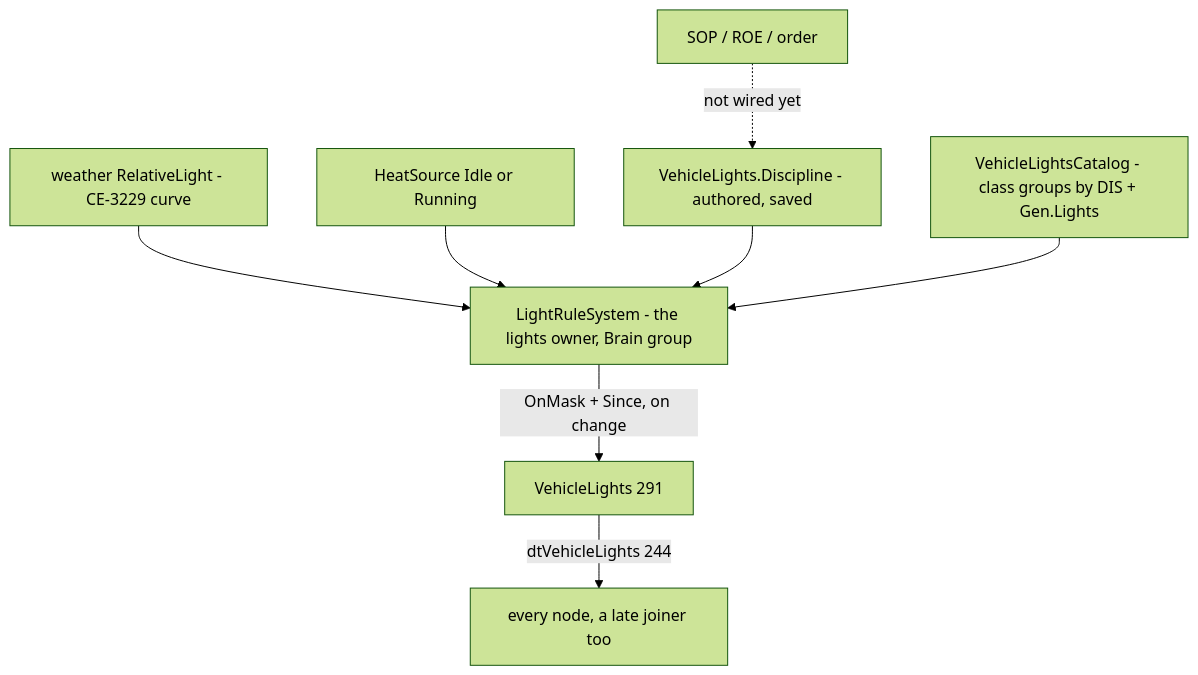
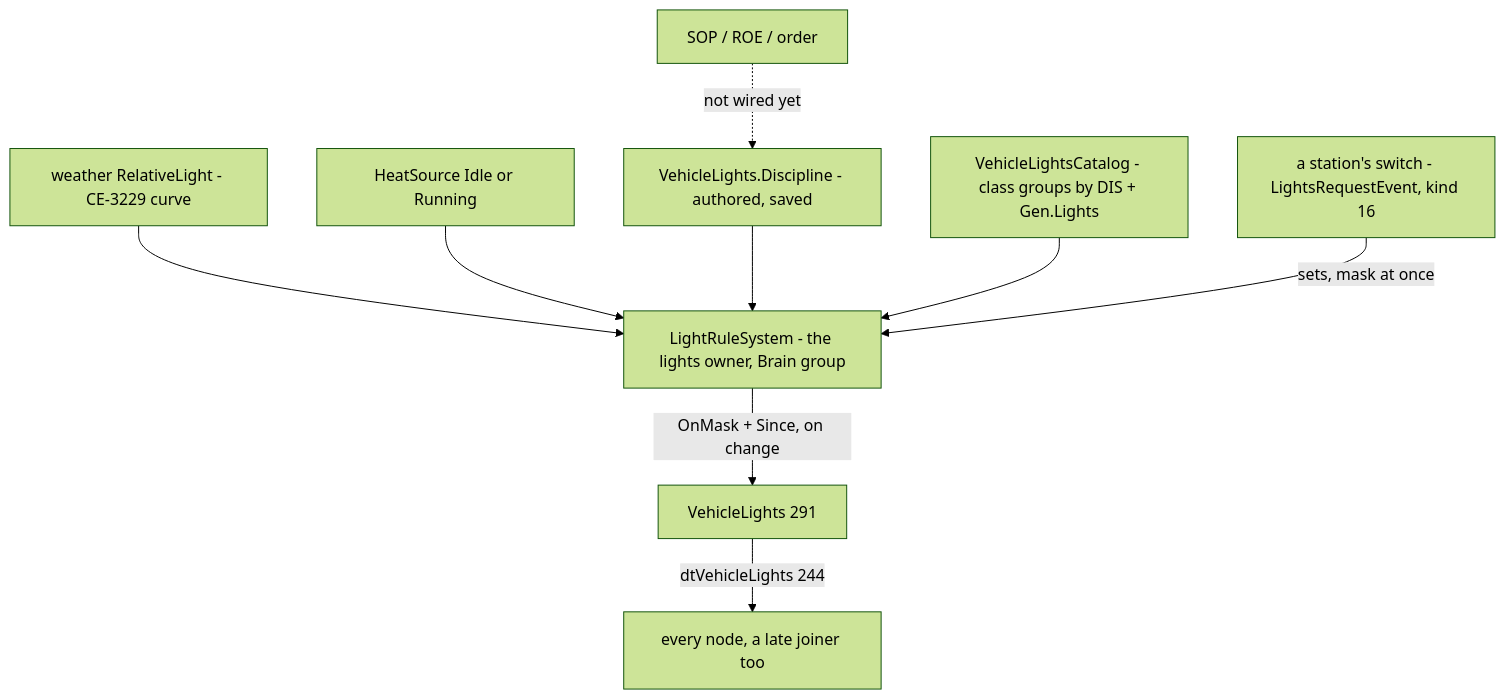
One commit to pjanec/HROT changed the fifth of 10 diagrams in docs/designs/vehicle-appearance/DESIGN_Vehicle_Appearance_State.md. Above: the diagram before and after it, drawn with Mermaid (forest theme). The commit also changed other lines of this file and 27 other files, not shown here.

````diff
--- a/docs/designs/vehicle-appearance/DESIGN_Vehicle_Appearance_State.md
+++ b/docs/designs/vehicle-appearance/DESIGN_Vehicle_Appearance_State.md
@@ -257,10 +262,11 @@
 ```mermaid
 graph TD
   W[weather RelativeLight - CE-3229 curve] --> LR[LightRuleSystem - the lights owner, Brain group]
   H[HeatSource Idle or Running] --> LR
   D[VehicleLights.Discipline - authored, saved] --> LR
   C[VehicleLightsCatalog - class groups by DIS + Gen.Lights] --> LR
   LR -->|OnMask + Since, on change| VL[VehicleLights 291]
   VL -->|dtVehicleLights 244| N[every node, a late joiner too]
   SOP[SOP / ROE / order] -.->|not wired yet| D
+  ST[a station's switch - LightsRequestEvent, kind 16] -->|sets, mask at once| LR
 ```
````
